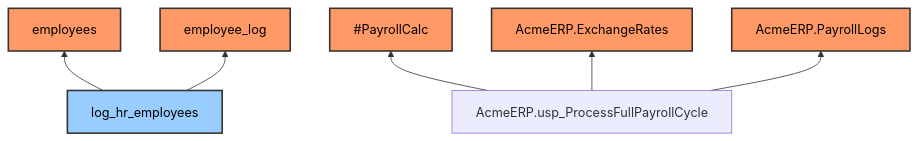
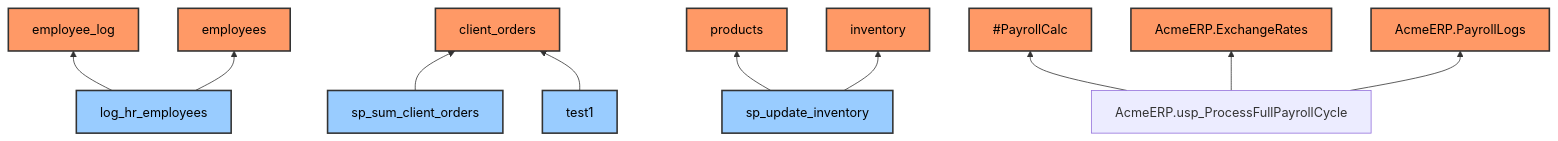
One commit to 25Jayesh10/Data_Lineage_Analyzer changed the diagram in diagrams/lineage.md. Above: the diagram before and after it, drawn with Mermaid. The commit also changed 10 other files, not shown here.

````diff
--- a/diagrams/lineage.md
+++ b/diagrams/lineage.md
@@ -1,13 +1,17 @@
 ```mermaid
 graph BT
     %% Node styles
     classDef table fill:#f96,stroke:#333,stroke-width:2px,color:#000;
     classDef stored_proc fill:#9cf,stroke:#333,stroke-width:2px ,color:#000;
+    log_hr_employees --> employee_log
     log_hr_employees --> employees
-    log_hr_employees --> employee_log
+    sp_sum_client_orders --> client_orders
+    test1 --> client_orders
+    sp_update_inventory --> products
+    sp_update_inventory --> inventory
     AcmeERP.usp_ProcessFullPayrollCycle --> #PayrollCalc
     AcmeERP.usp_ProcessFullPayrollCycle --> AcmeERP.ExchangeRates
     AcmeERP.usp_ProcessFullPayrollCycle --> AcmeERP.PayrollLogs
-    class AcmeERP.PayrollLogs,AcmeERP.ExchangeRates,#PayrollCalc,employees,employee_log table;
-    class log_hr_employees stored_proc;
+    class #PayrollCalc,AcmeERP.PayrollLogs,employees,AcmeERP.ExchangeRates,employee_log,products,inventory,client_orders table;
+    class sp_update_inventory,test1,log_hr_employees,sp_sum_client_orders stored_proc;
 ```
````
